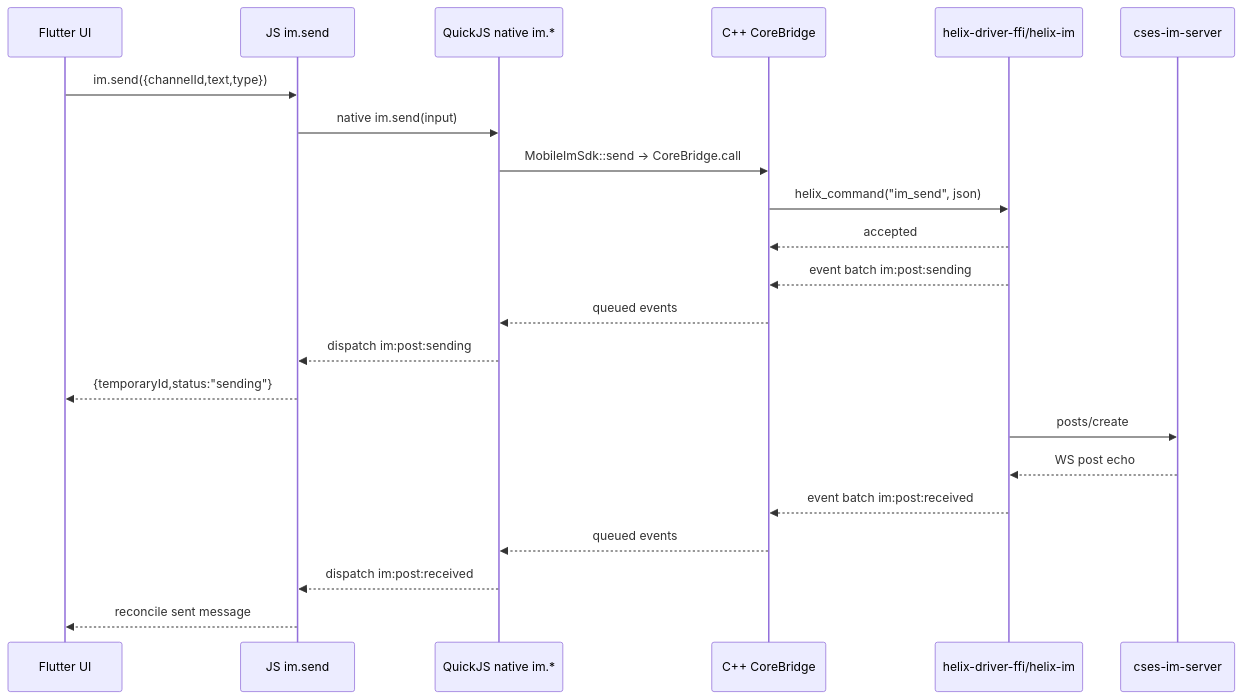
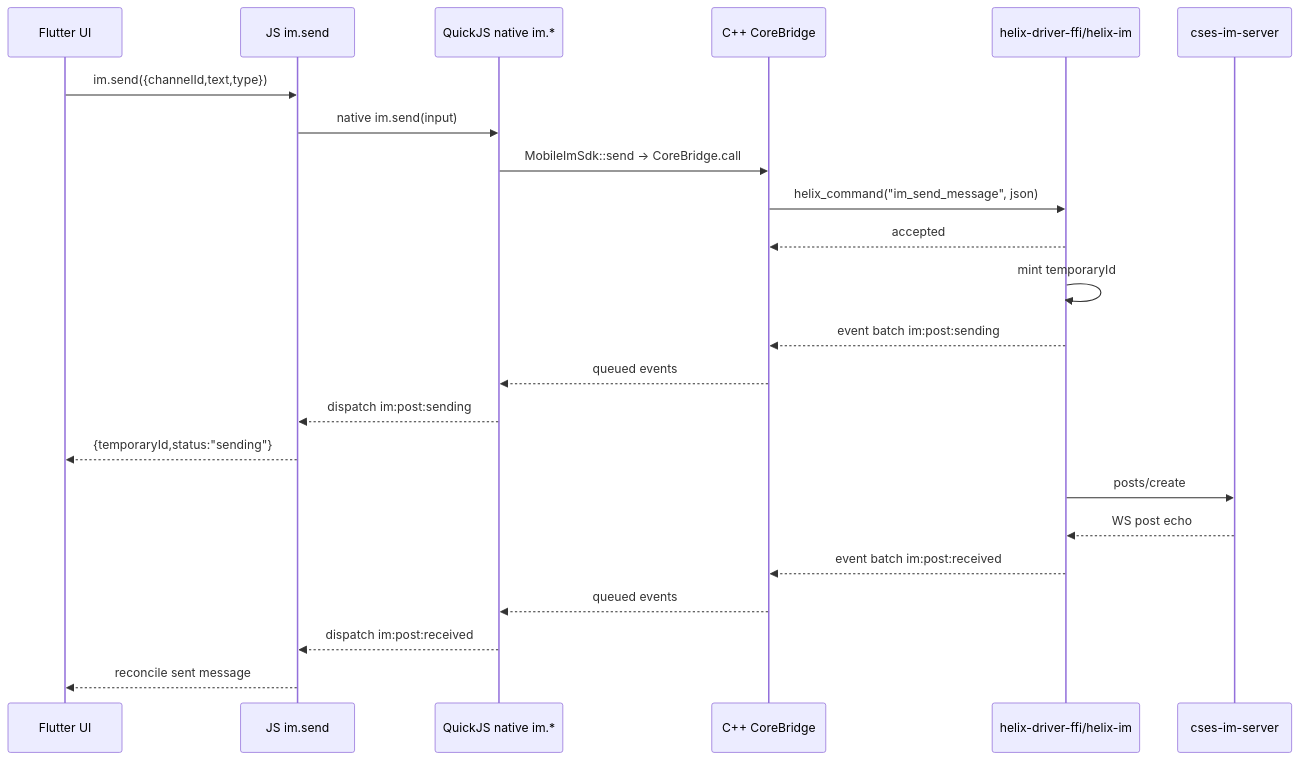
The diagram in crates/helix-driver-ffi/docs/移动端QuickJS最后一公里接入SPEC.md (zxs1633079383/helix), drawn with Mermaid before and after one commit. The commit also changed other lines of this file and 17 other files, not shown here.

````diff
--- a/crates/helix-driver-ffi/docs/移动端QuickJS最后一公里接入SPEC.md
+++ b/crates/helix-driver-ffi/docs/移动端QuickJS最后一公里接入SPEC.md
@@ -247,25 +248,26 @@
 ```mermaid
 sequenceDiagram
   participant Flutter as Flutter UI
   participant JS as JS im.send
   participant QJS as QuickJS native im.*
   participant CPP as C++ CoreBridge
   participant Rust as helix-driver-ffi/helix-im
   participant Go as cses-im-server
 
   Flutter->>JS: im.send({channelId,text,type})
   JS->>QJS: native im.send(input)
   QJS->>CPP: MobileImSdk::send -> CoreBridge.call
-  CPP->>Rust: helix_command("im_send", json)
+  CPP->>Rust: helix_command("im_send_message", json)
   Rust-->>CPP: accepted
+  Rust->>Rust: mint temporaryId
   Rust-->>CPP: event batch im:post:sending
   CPP-->>QJS: queued events
   QJS-->>JS: dispatch im:post:sending
   JS-->>Flutter: {temporaryId,status:"sending"}
   Rust->>Go: posts/create
   Go-->>Rust: WS post echo
   Rust-->>CPP: event batch im:post:received
   CPP-->>QJS: queued events
   QJS-->>JS: dispatch im:post:received
   JS-->>Flutter: reconcile sent message
 ```
````
